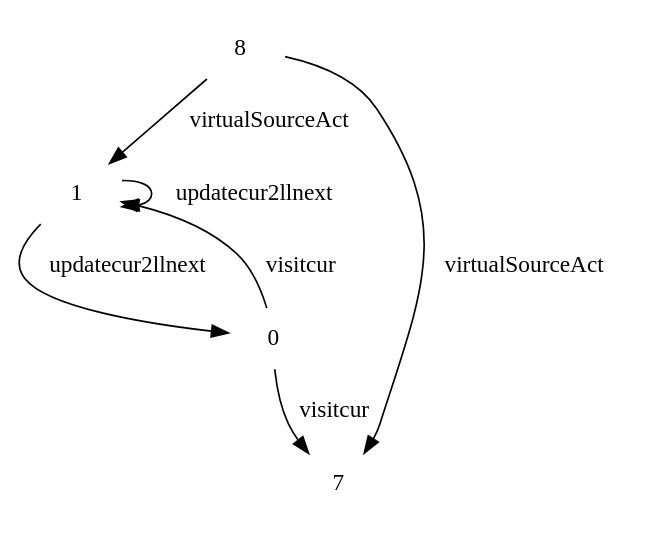
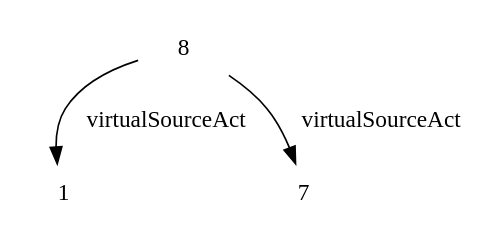
The diagram in PRP_planner-for-relevant-policies/solutionsByPRP/fond_llvisitall.dot (Tridu33/SAVG), drawn with Graphviz before and after one commit. The commit also changed 189 other files, not shown here.

```diff
--- a/PRP_planner-for-relevant-policies/solutionsByPRP/fond_llvisitall.dot
+++ b/PRP_planner-for-relevant-policies/solutionsByPRP/fond_llvisitall.dot
@@ -1,12 +1,6 @@
 digraph G {
     node [shape=plaintext]
 8->1[label = "virtualSourceAct"]
 8->7[label = "virtualSourceAct"]
 
-0->7[label = "visitcur"]
-0->1[label = "visitcur"]
-
-1->0[label = "updatecur2llnext"]
-1->1[label = "updatecur2llnext"]
-
 }
```
